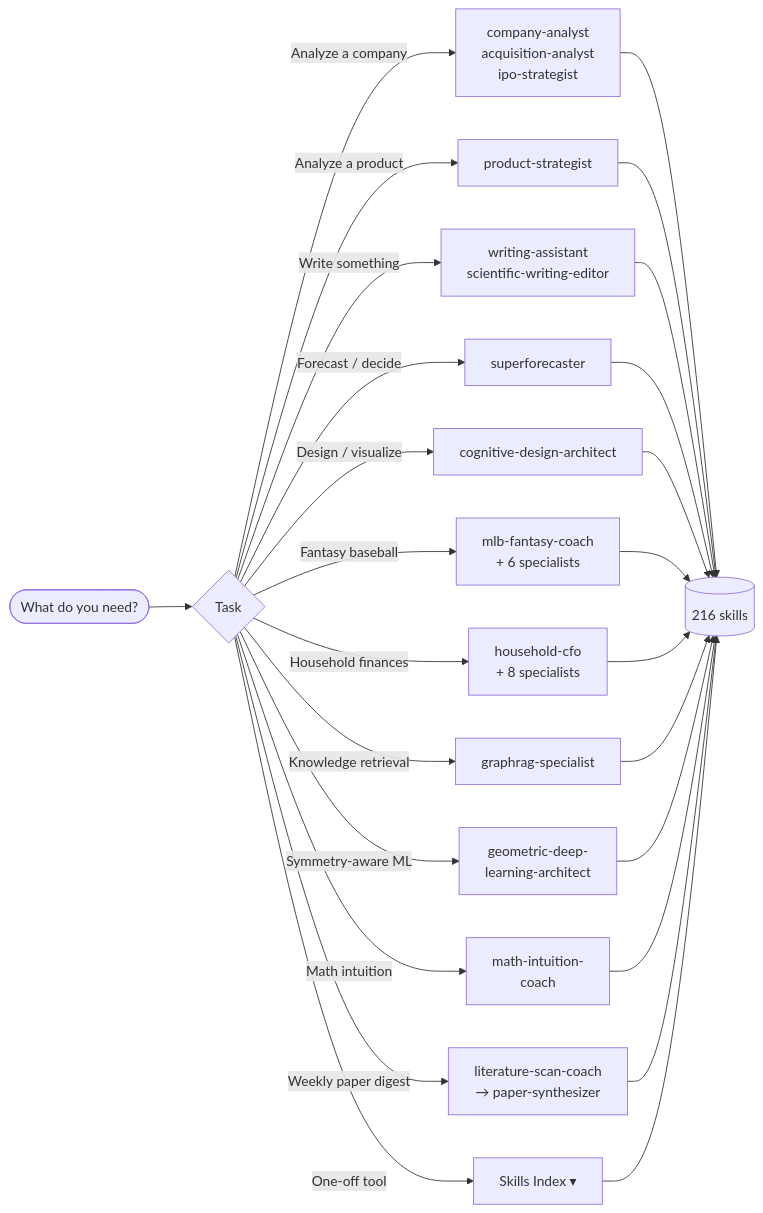
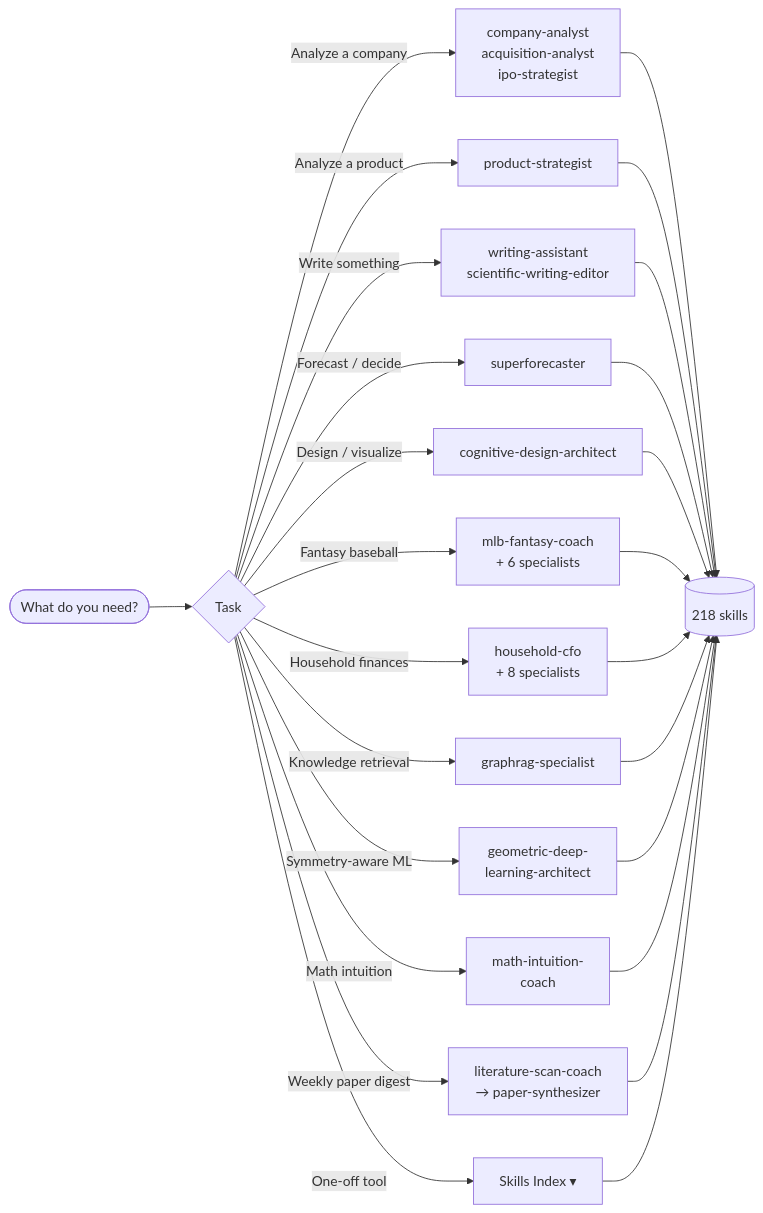
Before and after one commit to lyndonkl/claude: the diagram in README.md, drawn with Mermaid. The commit also changed other lines of this file and 4 other files, not shown here.

````diff
--- a/README.md
+++ b/README.md
@@ -41,18 +41,18 @@
 ```mermaid
 flowchart LR
     U([What do you need?]) --> D{Task}
     D -->|Analyze a company| CA[company-analyst<br/>acquisition-analyst<br/>ipo-strategist]
     D -->|Analyze a product| PS[product-strategist]
     D -->|Write something| WA[writing-assistant<br/>scientific-writing-editor]
     D -->|Forecast / decide| SF[superforecaster]
     D -->|Design / visualize| CD[cognitive-design-architect]
     D -->|Fantasy baseball| MLB[mlb-fantasy-coach<br/>+ 6 specialists]
     D -->|Household finances| HF[household-cfo<br/>+ 8 specialists]
     D -->|Knowledge retrieval| GR[graphrag-specialist]
     D -->|Symmetry-aware ML| GDL[geometric-deep-<br/>learning-architect]
     D -->|Math intuition| MI[math-intuition-<br/>coach]
     D -->|Weekly paper digest| LSC[literature-scan-coach<br/>→ paper-synthesizer]
     D -->|One-off tool| SK[Skills Index ▾]
-    CA & PS & WA & SF & CD & MLB & HF & GR & GDL & MI & LSC --> S[(216 skills)]
+    CA & PS & WA & SF & CD & MLB & HF & GR & GDL & MI & LSC --> S[(218 skills)]
     SK --> S
 ```
````
